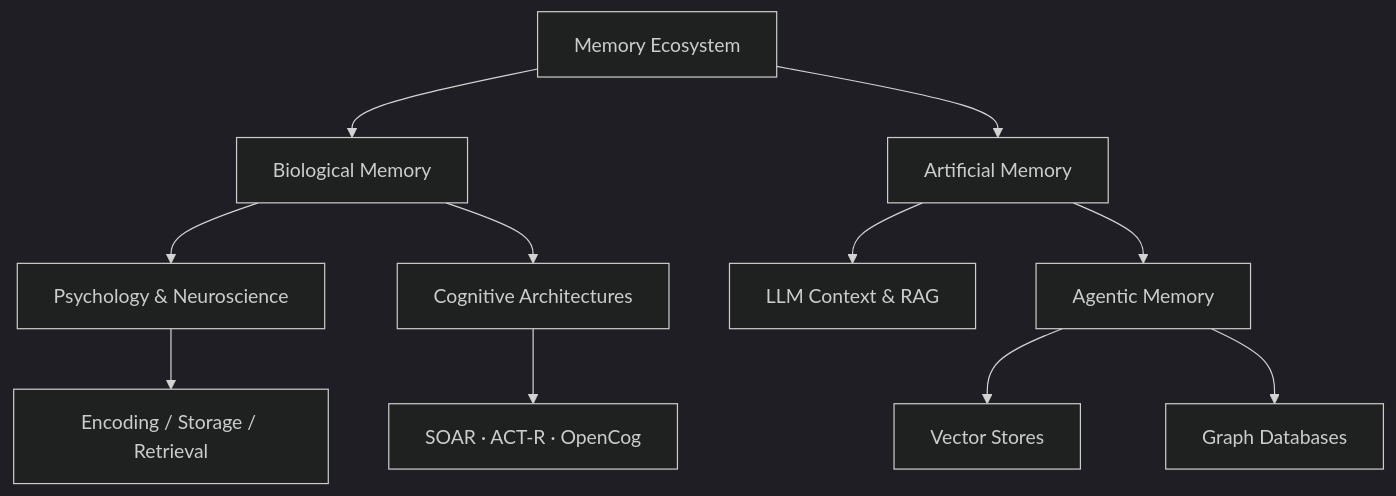
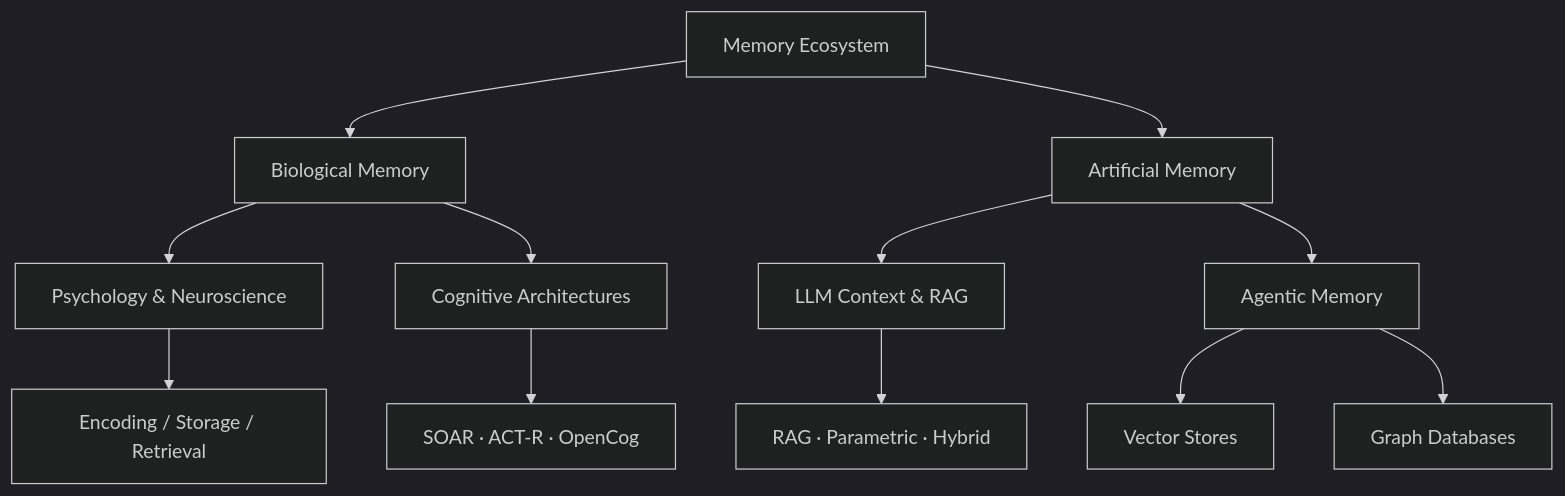
Before and after one commit to sir-ad/awesome-memory: the diagram in README.md, drawn with Mermaid (dark theme). The commit also changed other lines of this file, not shown here.

````diff
--- a/README.md
+++ b/README.md
@@ -25,13 +39,14 @@
 ```mermaid
 graph TD
     A[Memory Ecosystem] --> B[Biological Memory]
     A --> C[Artificial Memory]
     B --> D[Psychology & Neuroscience]
     B --> E[Cognitive Architectures]
     C --> F[LLM Context & RAG]
     C --> G[Agentic Memory]
     G --> H[Vector Stores]
     G --> I[Graph Databases]
     D --> J[Encoding / Storage / Retrieval]
     E --> K[SOAR · ACT-R · OpenCog]
+    F --> L[RAG · Parametric · Hybrid]
 ```
````
